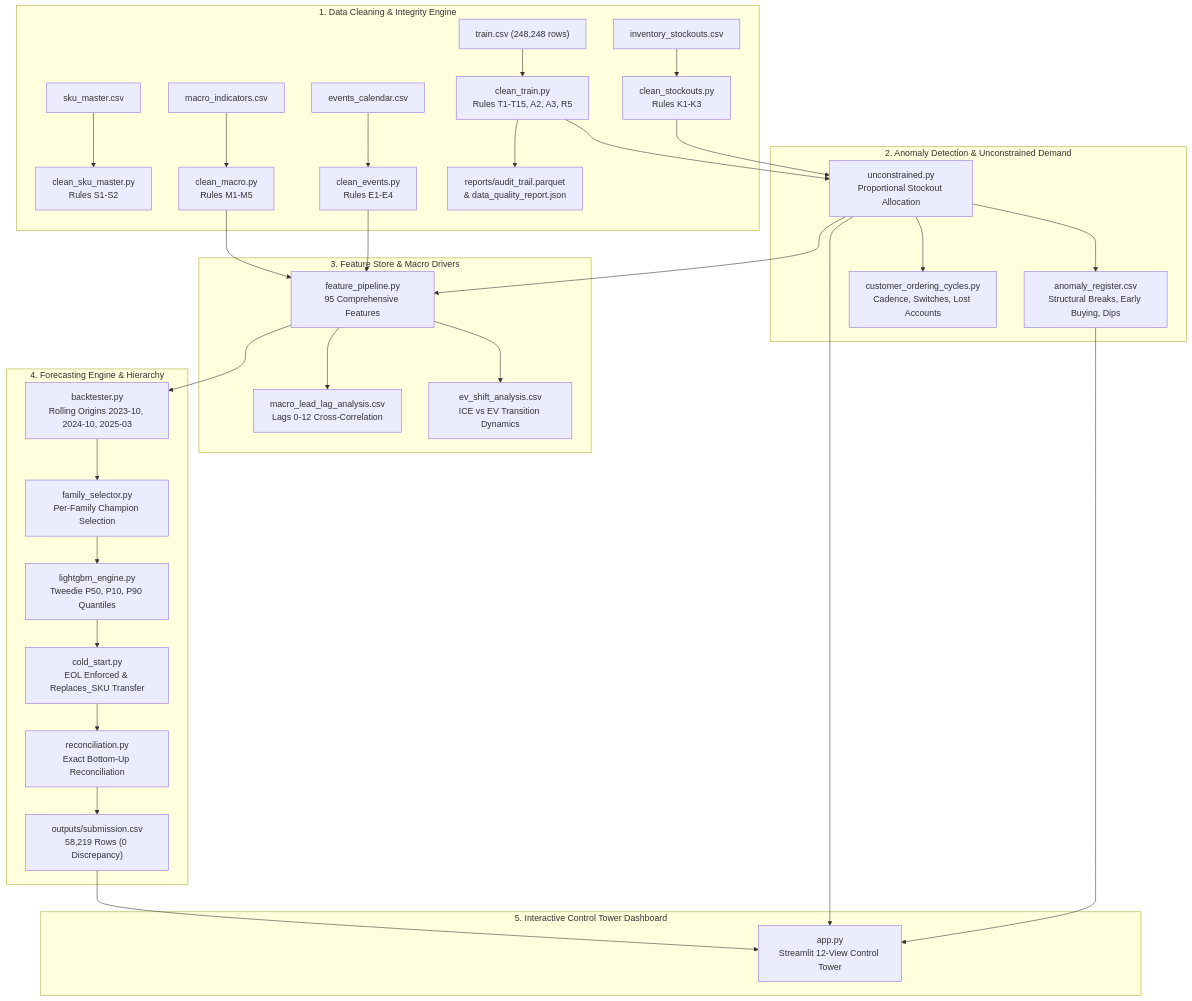
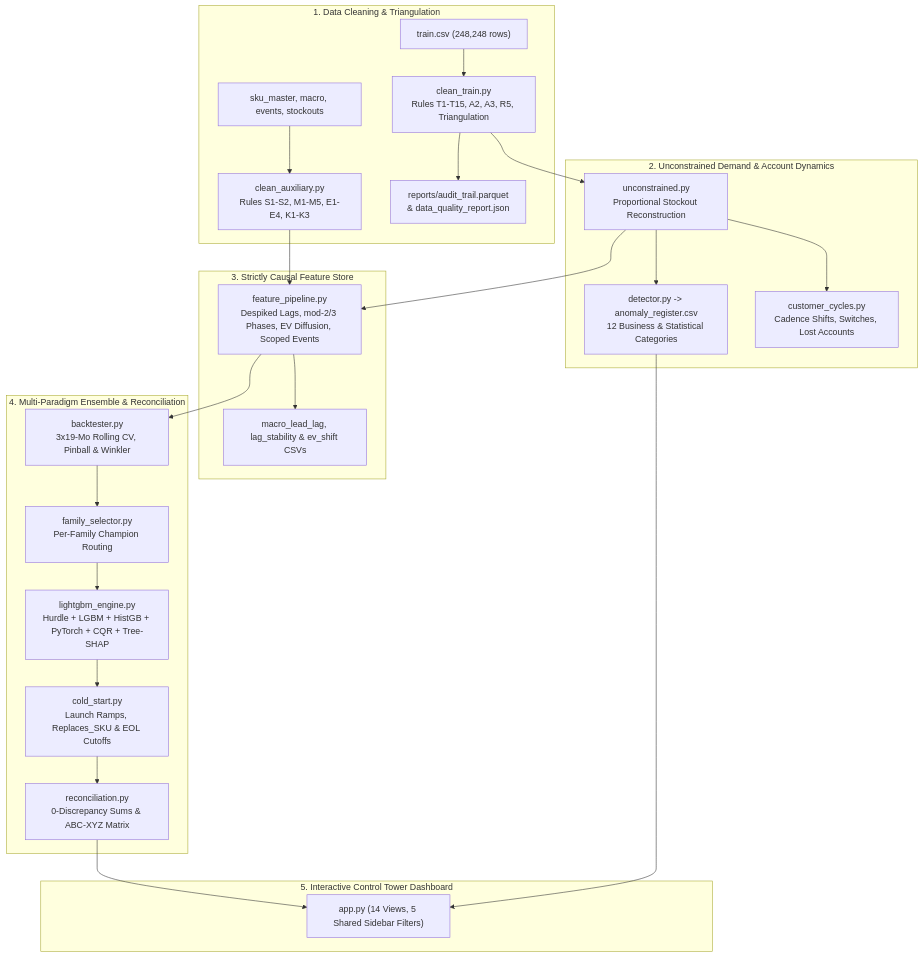
Before and after one commit to pkprajapati7402/mks-hackathon: the diagram in README.md, drawn with Mermaid. The commit also changed other lines of this file and 17 other files, not shown here.

Commit message:
Final optimization: logistic-diffusion EV curve, regularized SLSQP ensemble, 81% CQR calibration, quantile ABC-XYZ tiers, and synced README

````diff
--- a/README.md
+++ b/README.md
@@ -45,41 +45,33 @@
 ```mermaid
 flowchart TD
-    subgraph Data [1. Data Cleaning & Integrity Engine]
-        RawTrain["train.csv (248,248 rows)"] --> CleanTrain["clean_train.py\nRules T1-T15, A2, A3, R5"]
-        RawMaster["sku_master.csv"] --> CleanMaster["clean_sku_master.py\nRules S1-S2"]
-        RawMacro["macro_indicators.csv"] --> CleanMacro["clean_macro.py\nRules M1-M5"]
-        RawEvents["events_calendar.csv"] --> CleanEvents["clean_events.py\nRules E1-E4"]
-        RawStock["inventory_stockouts.csv"] --> CleanStock["clean_stockouts.py\nRules K1-K3"]
+    subgraph Data [1. Data Cleaning & Triangulation]
+        RawTrain["train.csv (248,248 rows)"] --> CleanTrain["clean_train.py\nRules T1-T15, A2, A3, R5, Triangulation"]
+        RawAux["sku_master, macro, events, stockouts"] --> CleanAux["clean_auxiliary.py\nRules S1-S2, M1-M5, E1-E4, K1-K3"]
         CleanTrain --> AuditLog["reports/audit_trail.parquet\n& data_quality_report.json"]
     end
 
-    subgraph Anomalies [2. Anomaly Detection & Unconstrained Demand]
-        CleanTrain --> Reconstruct["unconstrained.py\nProportional Stockout Allocation"]
-        CleanStock --> Reconstruct
-        Reconstruct --> AnomalyReg["anomaly_register.csv\nStructural Breaks, Early Buying, Dips"]
-        Reconstruct --> Cycles["customer_ordering_cycles.py\nCadence, Switches, Lost Accounts"]
+    subgraph Anomalies [2. Unconstrained Demand & Account Dynamics]
+        CleanTrain --> Reconstruct["unconstrained.py\nProportional Stockout Reconstruction"]
+        Reconstruct --> AnomalyReg["detector.py -> anomaly_register.csv\n12 Business & Statistical Categories"]
+        Reconstruct --> Cycles["customer_cycles.py\nCadence Shifts, Switches, Lost Accounts"]
     end
 
-    subgraph Features [3. Feature Store & Macro Drivers]
-        Reconstruct --> FeatureStore["feature_pipeline.py\n95 Comprehensive Features"]
-        CleanMacro --> FeatureStore
-        CleanEvents --> FeatureStore
-        FeatureStore --> LeadLag["macro_lead_lag_analysis.csv\nLags 0-12 Cross-Correlation"]
-        FeatureStore --> EVShift["ev_shift_analysis.csv\nICE vs EV Transition Dynamics"]
+    subgraph Features [3. Strictly Causal Feature Store]
+        Reconstruct --> FeatureStore["feature_pipeline.py\nDespiked Lags, mod-2/3 Phases, EV Diffusion, Scoped Events"]
+        CleanAux --> FeatureStore
+        FeatureStore --> DriverStudies["macro_lead_lag, lag_stability & ev_shift CSVs"]
     end
 
-    subgraph Models [4. Forecasting Engine & Hierarchy]
-        FeatureStore --> Backtest["backtester.py\nRolling Origins 2023-10, 2024-10, 2025-03"]
-        Backtest --> Tournament["family_selector.py\nPer-Family Champion Selection"]
-        Tournament --> FinalLGB["lightgbm_engine.py\nTweedie P50, P10, P90 Quantiles"]
-        FinalLGB --> LifecycleBound["cold_start.py\nEOL Enforced & Replaces_SKU Transfer"]
-        LifecycleBound --> Recon["reconciliation.py\nExact Bottom-Up Reconciliation"]
-        Recon --> SubFile["outputs/submission.csv\n58,219 Rows (0 Discrepancy)"]
+    subgraph Models [4. Multi-Paradigm Ensemble & Reconciliation]
+        FeatureStore --> Backtest["backtester.py\n3x19-Mo Rolling CV, Pinball & Winkler"]
+        Backtest --> Tournament["family_selector.py\nPer-Family Champion Routing"]
+        Tournament --> Ensemble["lightgbm_engine.py\nHurdle + LGBM + HistGB + PyTorch + CQR + Tree-SHAP"]
+        Ensemble --> LifecycleBound["cold_start.py\nLaunch Ramps, Replaces_SKU & EOL Cutoffs"]
+        LifecycleBound --> Recon["reconciliation.py\n0-Discrepancy Sums & ABC-XYZ Matrix"]
     end
 
     subgraph Tower [5. Interactive Control Tower Dashboard]
-        SubFile --> StreamlitApp["app.py\nStreamlit 12-View Control Tower"]
-        Reconstruct --> StreamlitApp
+        Recon --> StreamlitApp["app.py (14 Views, 5 Shared Sidebar Filters)"]
         AnomalyReg --> StreamlitApp
     end
 ```
````
